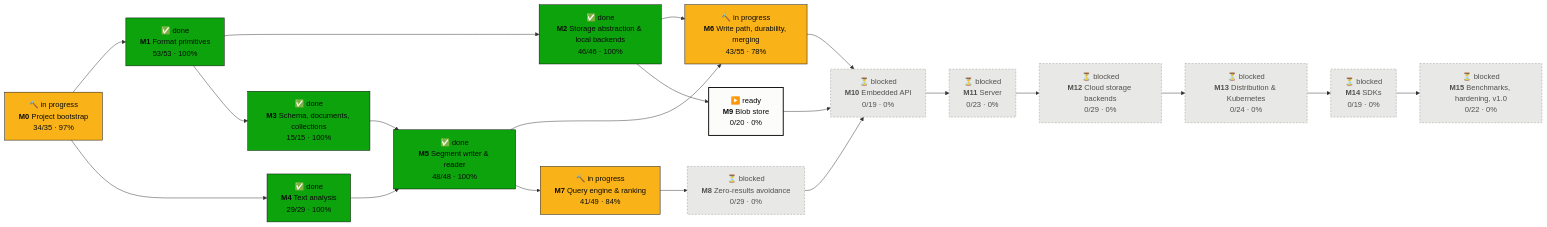
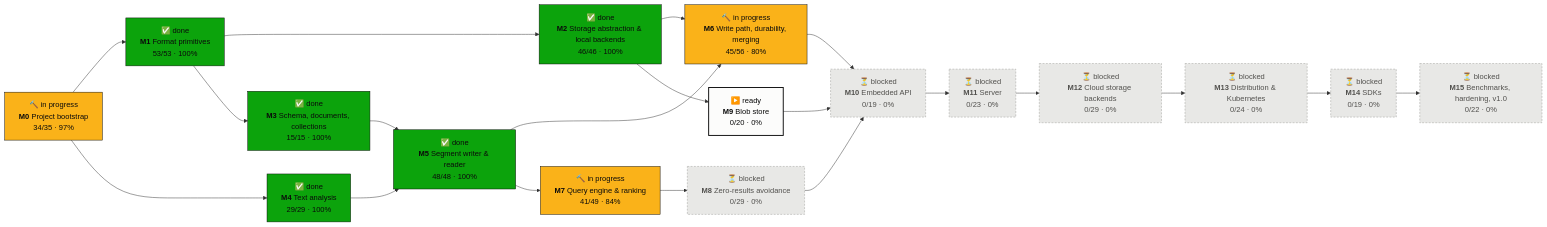
Before and after one commit to tomiok/persiaDB: the first of 2 diagrams in PROGRESS.md, drawn with Mermaid. The commit also changed other lines of this file and 28 other files, not shown here.

First line of the commit message:
Engine-driven container compaction; merges that catch up with deletes (ROADMAP 6.5.8, 6.5.9) (#64)

````diff
--- a/PROGRESS.md
+++ b/PROGRESS.md
@@ -16,42 +16,42 @@
 ```mermaid
 flowchart LR
   M0["🔨 in progress<br/><b>M0</b> Project bootstrap<br/>34/35 · 97%"]:::doing
   M1["✅ done<br/><b>M1</b> Format primitives<br/>53/53 · 100%"]:::done
   M2["✅ done<br/><b>M2</b> Storage abstraction & local backends<br/>46/46 · 100%"]:::done
   M3["✅ done<br/><b>M3</b> Schema, documents, collections<br/>15/15 · 100%"]:::done
   M4["✅ done<br/><b>M4</b> Text analysis<br/>29/29 · 100%"]:::done
   M5["✅ done<br/><b>M5</b> Segment writer & reader<br/>48/48 · 100%"]:::done
-  M6["🔨 in progress<br/><b>M6</b> Write path, durability, merging<br/>43/55 · 78%"]:::doing
+  M6["🔨 in progress<br/><b>M6</b> Write path, durability, merging<br/>45/56 · 80%"]:::doing
   M7["🔨 in progress<br/><b>M7</b> Query engine & ranking<br/>41/49 · 84%"]:::doing
   M8["⏳ blocked<br/><b>M8</b> Zero-results avoidance<br/>0/29 · 0%"]:::blocked
   M9["▶️ ready<br/><b>M9</b> Blob store<br/>0/20 · 0%"]:::ready
   M10["⏳ blocked<br/><b>M10</b> Embedded API<br/>0/19 · 0%"]:::blocked
   M11["⏳ blocked<br/><b>M11</b> Server<br/>0/23 · 0%"]:::blocked
   M12["⏳ blocked<br/><b>M12</b> Cloud storage backends<br/>0/29 · 0%"]:::blocked
   M13["⏳ blocked<br/><b>M13</b> Distribution & Kubernetes<br/>0/24 · 0%"]:::blocked
   M14["⏳ blocked<br/><b>M14</b> SDKs<br/>0/19 · 0%"]:::blocked
   M15["⏳ blocked<br/><b>M15</b> Benchmarks, hardening, v1.0<br/>0/22 · 0%"]:::blocked
   M0 --> M1
   M1 --> M2
   M1 --> M3
   M0 --> M4
   M3 --> M5
   M4 --> M5
   M2 --> M6
   M5 --> M6
   M5 --> M7
   M7 --> M8
   M2 --> M9
   M6 --> M10
   M8 --> M10
   M9 --> M10
   M10 --> M11
   M11 --> M12
   M12 --> M13
   M13 --> M14
   M14 --> M15
   classDef done fill:#0ca30c,stroke:#0b0b0b,color:#0b0b0b
   classDef doing fill:#fab219,stroke:#0b0b0b,color:#0b0b0b
   classDef ready fill:#fcfcfb,stroke:#0b0b0b,stroke-width:2px,color:#0b0b0b
   classDef blocked fill:#e8e8e6,stroke:#9a9a96,stroke-dasharray:4 3,color:#52514e
 ```
````
